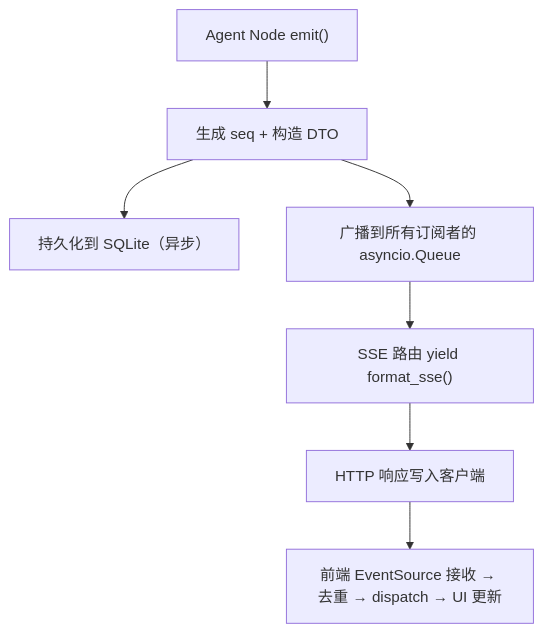
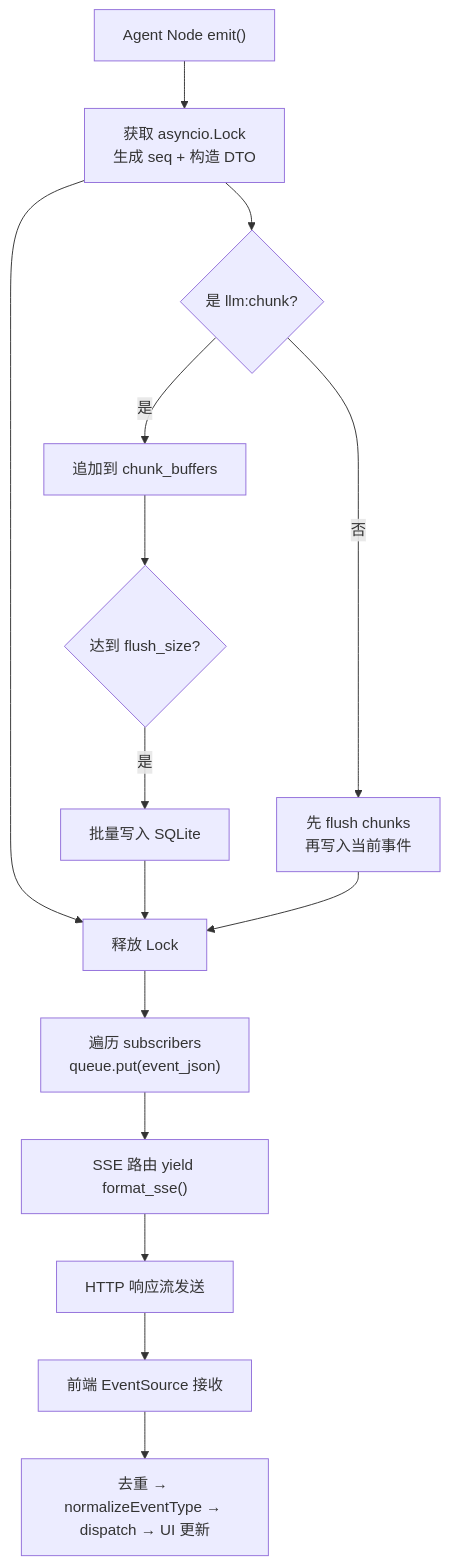
One commit to solarest/yanyun-agent changed the seventh of 7 diagrams in design/8_communication-protocol.md. Above: the diagram before and after it, drawn with Mermaid. The commit also changed other lines of this file and 23 other files, not shown here.

````diff
--- a/design/8_communication-protocol.md
+++ b/design/8_communication-protocol.md
@@ -1004,9 +780,17 @@
 ```mermaid
 graph TB
-    A["Agent Node emit()"] --> B["生成 seq + 构造 DTO"]
-    B --> C["持久化到 SQLite（异步）"]
-    B --> D["广播到所有订阅者的 asyncio.Queue"]
-    D --> E["SSE 路由 yield format_sse()"]
-    E --> F["HTTP 响应写入客户端"]
-    F --> G["前端 EventSource 接收 → 去重 → dispatch → UI 更新"]
+    A["Agent Node emit()"] --> B["获取 asyncio.Lock<br/>生成 seq + 构造 DTO"]
+    B --> C{是 llm:chunk?}
+    C -->|是| D["追加到 chunk_buffers"]
+    D --> E{达到 flush_size?}
+    E -->|是| F["批量写入 SQLite"]
+    C -->|否| G["先 flush chunks<br/>再写入当前事件"]
+    B --> H["释放 Lock"]
+    H --> I["遍历 subscribers<br/>queue.put(event_json)"]
+    I --> J["SSE 路由 yield format_sse()"]
+    J --> K["HTTP 响应流发送"]
+    K --> L["前端 EventSource 接收"]
+    L --> M["去重 → normalizeEventType → dispatch → UI 更新"]
+    F --> H
+    G --> H
 ```
````
